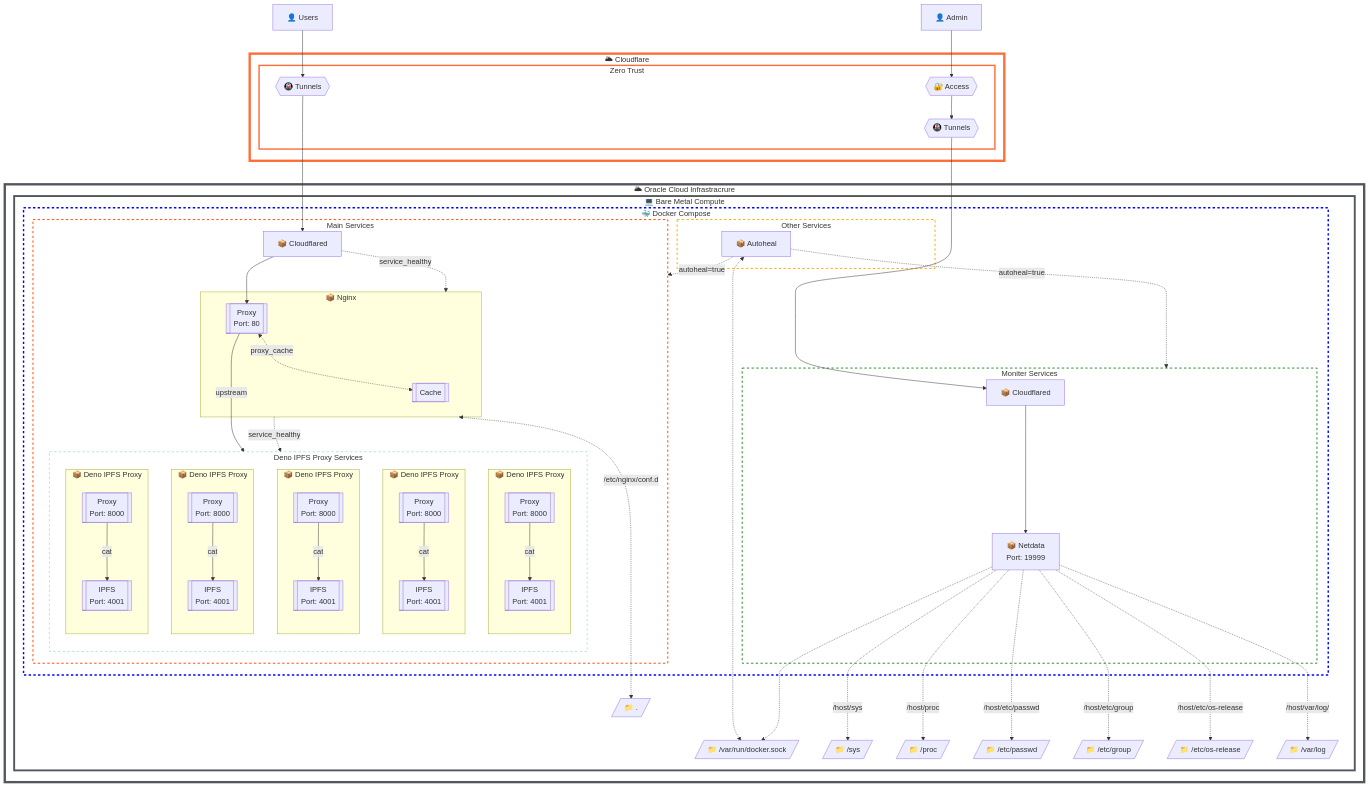
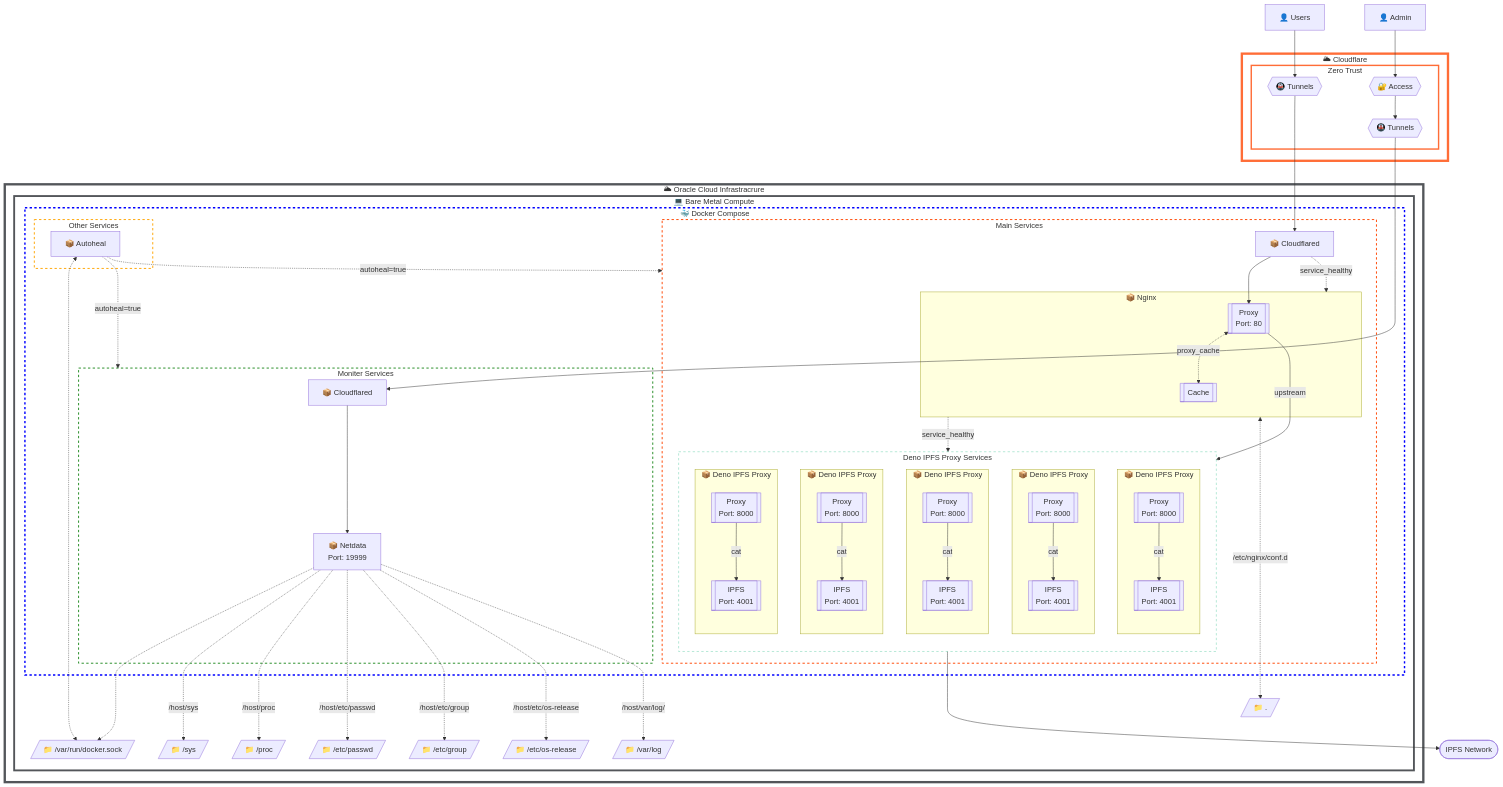
The first of 2 diagrams in README.md (redpeacock78/deno-ipfs-gateway), drawn with Mermaid before and after one commit.

````diff
--- a/README.md
+++ b/README.md
@@ -61,80 +61,82 @@
 ```mermaid
 %% { init: { 'flowchart': { 'curve': 'liner' } } }%%
 flowchart TD
 subgraph CloudflareGroup["🌥 Cloudflare"]
   subgraph ZeroTrustGroup["Zero Trust"]
     TU1{{"🚇 Tunnels"}}
     AC1{{"🔐 Access"}}
     TU2{{"🚇 Tunnels"}}
   end
 end
 
 subgraph OCIGroup["🌥 Oracle Cloud Infrastracrure"]
   subgraph OCICompute["💻 Bare Metal Compute"]
     subgraph DockerGroup["🐳 Docker Compose"]
       subgraph MainServiceGroup["Main Services"]
         subgraph Nginx["📦 Nginx"]
           NG1[["Proxy<br>Port: 80"]] <-.-> |proxy_cache| NG2[["Cache"]]
         end
         DO1["📦 Cloudflared"] --> NG1
         DO1 -.-> |service_healthy| Nginx
         subgraph DenoIPFSProxyGroup["Deno IPFS Proxy Services"]
           direction TB
           subgraph DenoIPFSProxy01["📦 Deno IPFS Proxy"]
             direction TB
             DI011[["Proxy<br>Port: 8000"]] --> |cat| DI012[["IPFS<br>Port: 4001"]]
           end
           subgraph DenoIPFSProxy02["📦 Deno IPFS Proxy"]
             direction TB
             DI021[["Proxy<br>Port: 8000"]] --> |cat| DI022[["IPFS<br>Port: 4001"]]
           end
           subgraph DenoIPFSProxy03["📦 Deno IPFS Proxy"]
             direction TB
             DI031[["Proxy<br>Port: 8000"]] --> |cat| DI032[["IPFS<br>Port: 4001"]]
           end
           subgraph DenoIPFSProxy04["📦 Deno IPFS Proxy"]
             direction TB
             DI041[["Proxy<br>Port: 8000"]] --> |cat| DI042[["IPFS<br>Port: 4001"]]
           end
           subgraph DenoIPFSProxy05["📦 Deno IPFS Proxy"]
             direction TB
             DI051[["Proxy<br>Port: 8000"]] --> |cat| DI052[["IPFS<br>Port: 4001"]]
           end
         end
         NG1 --> |upstream| DenoIPFSProxyGroup
         Nginx -.-> |service_healthy| DenoIPFSProxyGroup
       end
       subgraph MoniterGroup["Moniter Services"]
         DO2["📦 Cloudflared"] --> DO3["📦 Netdata<br>Port: 19999"]
       end
       subgraph OtherGroup["Other Services"]
         DO4["📦 Autoheal"]
       end
       DO4 -..-> |autoheal=true| MainServiceGroup
       DO4 -..-> |autoheal=true| MoniterGroup
     end
     Nginx <-..-> |/etc/nginx/conf.d| FS1[/"📁 ."/]
     DO4 <-..-> FS2[/"📁 /var/run/docker.sock"/]
     DO3 -..-> FS2
     DO3 -..-> |/host/sys| FS3[/"📁 /sys"/]
     DO3 -..-> |/host/proc| FS4[/"📁 /proc"/]
     DO3 -..-> |/host/etc/passwd| FS5[/"📁 /etc/passwd"/]
     DO3 -..-> |/host/etc/group| FS6[/"📁 /etc/group"/]
     DO3 -..-> |/host/etc/os-release| FS7[/"📁 /etc/os-release"/]
     DO3 -..-> |/host/var/log/| FS8[/"📁 /var/log"/]
   end
 end
 
+
 OU2["👤 Users"] --> TU1 ---> DO1
 OU1["👤 Admin"] --> AC1 --> TU2 --> DO2
+DenoIPFSProxyGroup ---> IPFSNetwork([IPFS Network])
 
 style CloudflareGroup fill-opacity:0,stroke:#ff6d37,stroke-width:5px
 style ZeroTrustGroup fill-opacity:0,stroke:#ff6d37,stroke-width:3px
 style OCIGroup fill-opacity:0,stroke:#53565a,stroke-width:5px
 style OCICompute fill-opacity:0,stroke:#53565a,stroke-width:4px
 style DockerGroup fill-opacity:0,stroke:#00f,stroke-dasharray:5 5,stroke-width:3px
 style MainServiceGroup fill-opacity:0,stroke:#ff4500,stroke-dasharray:5 5,stroke-width:2px
 style MoniterGroup fill-opacity:0,stroke:#228b22,stroke-dasharray:5 5,stroke-width:2px
 style OtherGroup fill-opacity:0,stroke:#ffa500,stroke-dasharray:5 5,stroke-width:2px
 style DenoIPFSProxyGroup fill-opacity:0,stroke:#66cdaa,stroke-dasharray:5 5
 ```
````
